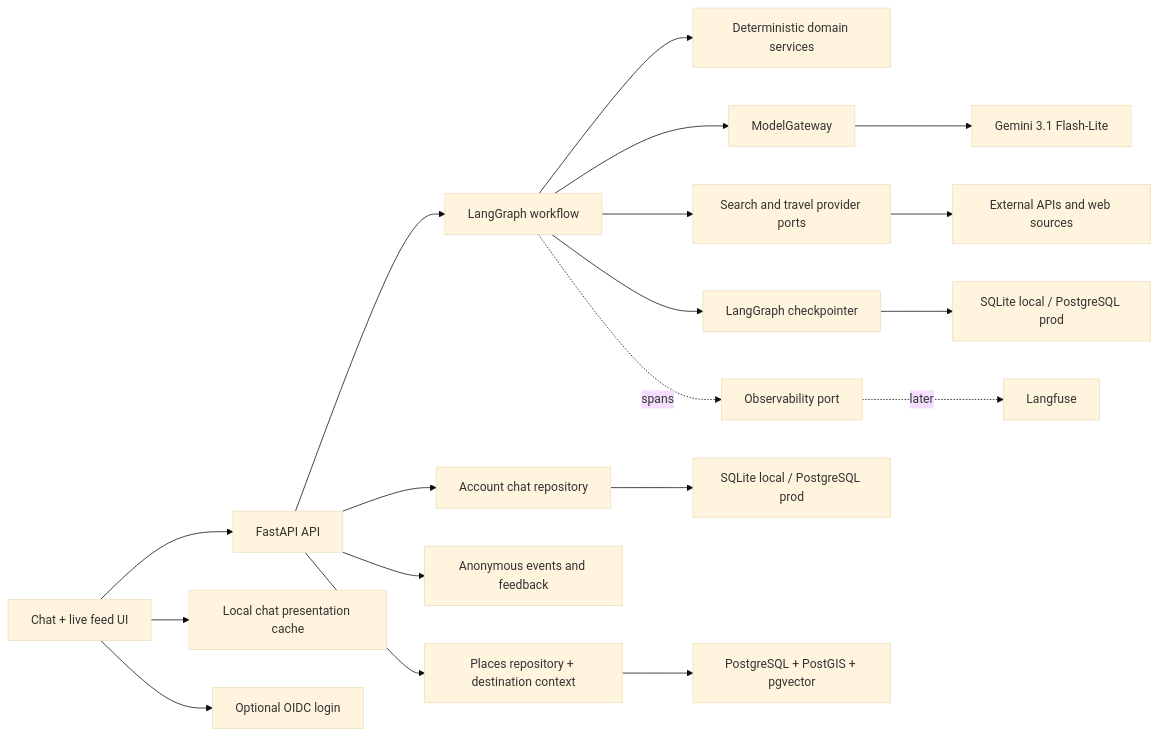
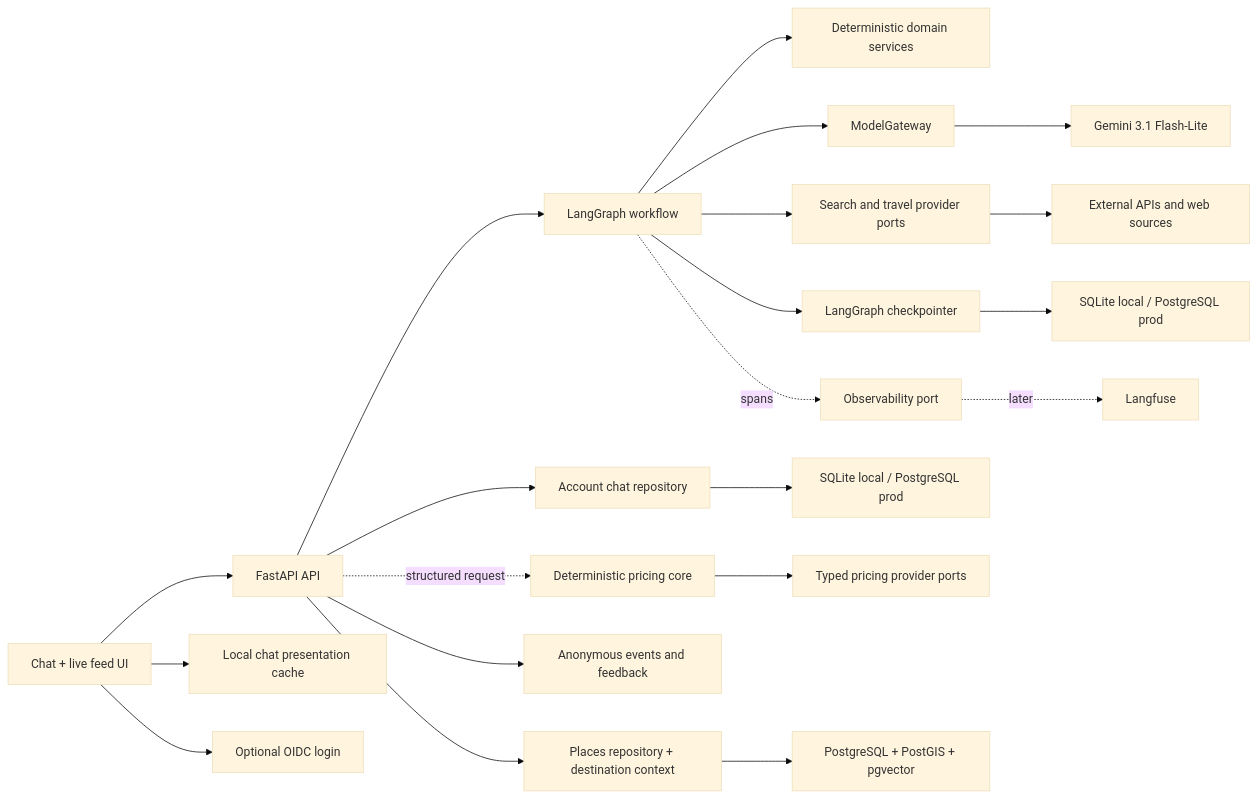
One commit to yaroslavlikh/travel-helper changed the first of 2 diagrams in docs/architecture.md. Above: the diagram before and after it, drawn with Mermaid (base theme). The commit also changed other lines of this file and 14 other files, not shown here.

Commit message:
feat(pricing): add deterministic scenario core

````diff
--- a/docs/architecture.md
+++ b/docs/architecture.md
@@ -9,21 +9,23 @@
 ```mermaid
 flowchart LR
     UI["Chat + live feed UI"] --> API["FastAPI API"]
     UI --> LOCAL["Local chat presentation cache"]
     UI --> AUTH["Optional OIDC login"]
     API --> GRAPH["LangGraph workflow"]
     API --> ACCOUNTS["Account chat repository"]
     GRAPH --> DOMAIN["Deterministic domain services"]
     GRAPH --> AI["ModelGateway"]
     GRAPH --> PROVIDERS["Search and travel provider ports"]
+    API -. structured request .-> PRICING["Deterministic pricing core"]
+    PRICING --> PRICEPORTS["Typed pricing provider ports"]
     GRAPH --> CP["LangGraph checkpointer"]
     API --> EVENTS["Anonymous events and feedback"]
     API --> PLACES["Places repository + destination context"]
     GRAPH -. spans .-> OBS["Observability port"]
     AI --> LLM["Gemini 3.1 Flash-Lite"]
     PROVIDERS --> WEB["External APIs and web sources"]
     CP --> DB["SQLite local / PostgreSQL prod"]
     ACCOUNTS --> ADB["SQLite local / PostgreSQL prod"]
     PLACES --> PG["PostgreSQL + PostGIS + pgvector"]
     OBS -. later .-> LF["Langfuse"]
 ```
````
